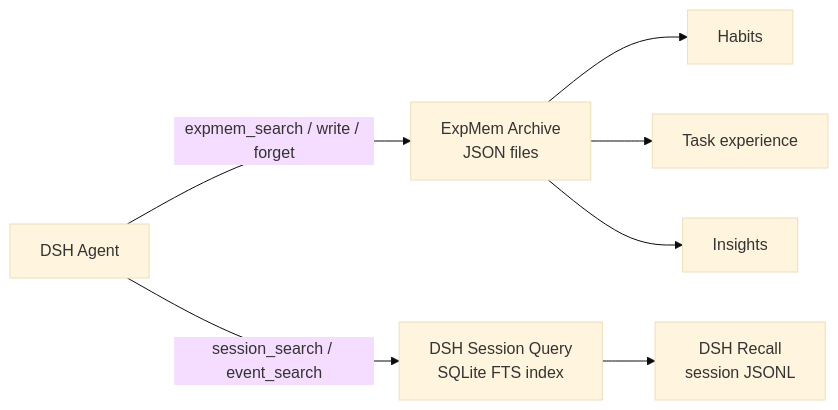
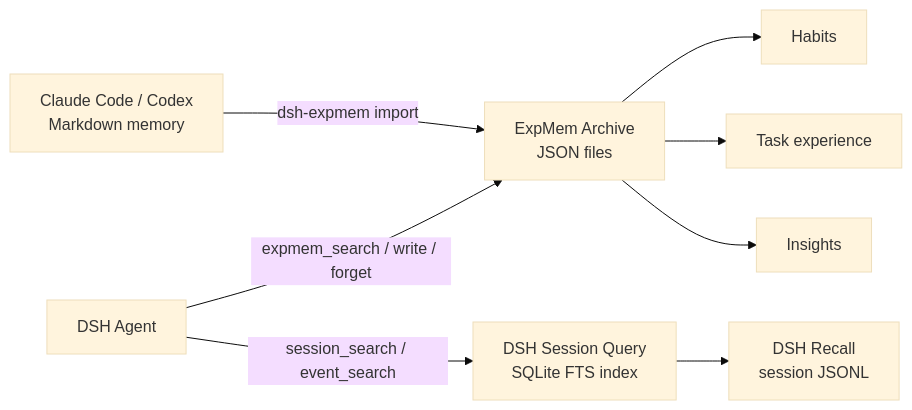
Before and after one commit to creativedswork/dsh-expmem: the diagram in README.md, drawn with Mermaid (base theme). The commit also changed other lines of this file and 8 other files, not shown here.

Commit message:
feat: import Claude Code and Codex memories

````diff
--- a/README.md
+++ b/README.md
@@ -11,12 +11,14 @@
 ```mermaid
 flowchart LR
   Agent["DSH Agent"]
+  Sources["Claude Code / Codex<br/>Markdown memory"]
 
   Agent -->|"expmem_search / write / forget"| Archive["ExpMem Archive<br/>JSON files"]
   Agent -->|"session_search / event_search"| Query["DSH Session Query<br/>SQLite FTS index"]
   Query --> Recall["DSH Recall<br/>session JSONL"]
+  Sources -->|"dsh-expmem import"| Archive
 
   Archive --> Habits["Habits"]
   Archive --> Experience["Task experience"]
   Archive --> Insights["Insights"]
 ```
````
